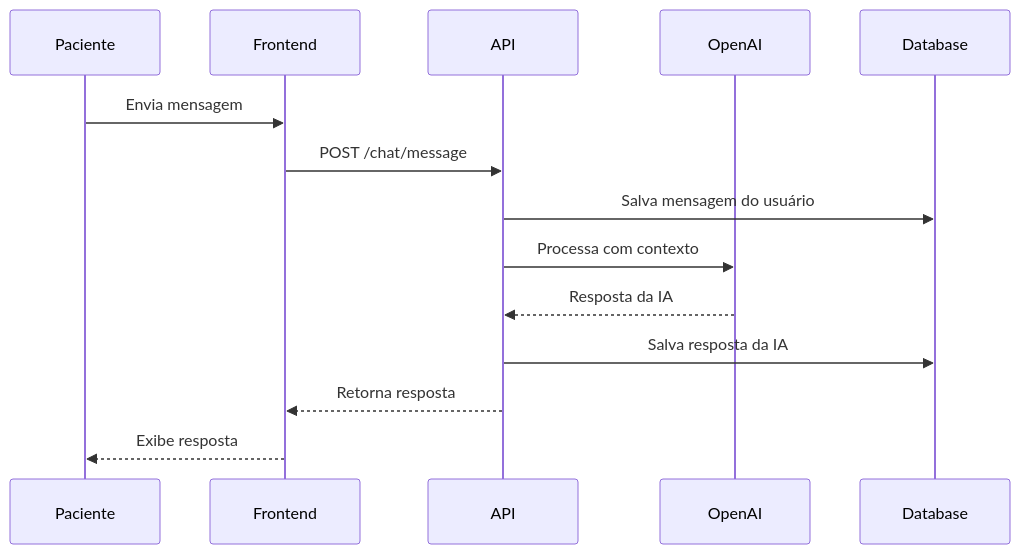
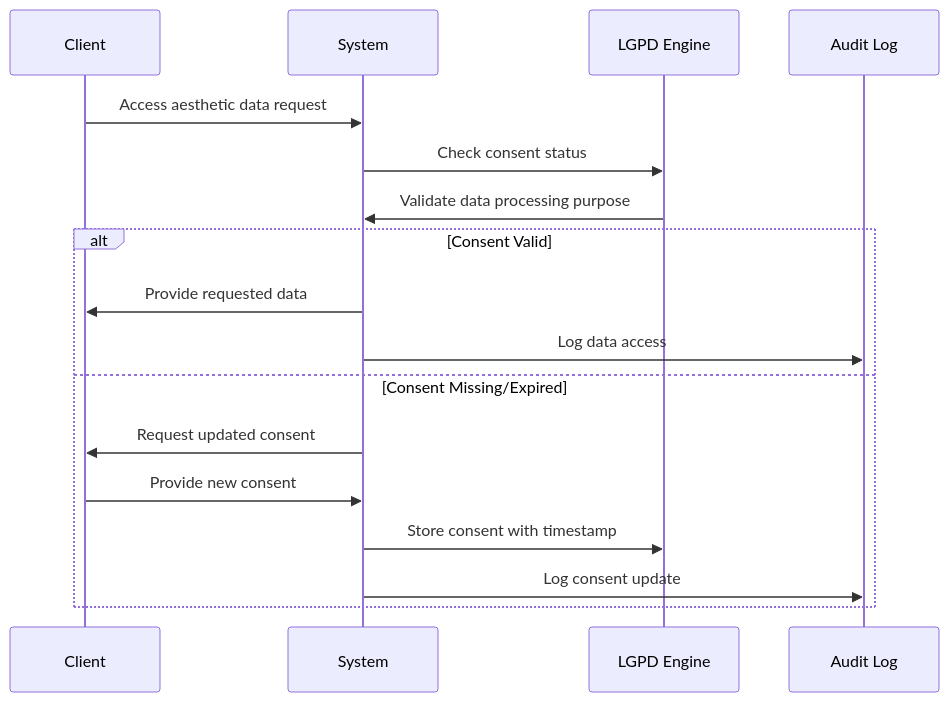
One commit to GrupoUS/neonpro changed the fourth of 4 diagrams in docs/architecture.md. Above: the diagram before and after it, drawn with Mermaid. The commit also changed other lines of this file and 250 other files, not shown here.

First line of the commit message:
feat: Add TypeScript configuration files for various packages and implement Role-Based Access Control (RBAC) for healthcare system

````diff
--- a/docs/architecture.md
+++ b/docs/architecture.md
@@ -293,17 +184,21 @@
 ```mermaid
 sequenceDiagram
-    participant P as Paciente
-    participant F as Frontend
-    participant A as API
-    participant AI as OpenAI
-    participant D as Database
+    participant C as Client
+    participant S as System
+    participant LGPD as LGPD Engine
+    participant A as Audit Log
 
-    P->>F: Envia mensagem
-    F->>A: POST /chat/message
-    A->>D: Salva mensagem do usuário
-    A->>AI: Processa com contexto
-    AI-->>A: Resposta da IA
-    A->>D: Salva resposta da IA
-    A-->>F: Retorna resposta
-    F-->>P: Exibe resposta
+    C->>S: Access aesthetic data request
+    S->>LGPD: Check consent status
+    LGPD->>S: Validate data processing purpose
+    
+    alt Consent Valid
+        S->>C: Provide requested data
+        S->>A: Log data access
+    else Consent Missing/Expired
+        S->>C: Request updated consent
+        C->>S: Provide new consent
+        S->>LGPD: Store consent with timestamp
+        S->>A: Log consent update
+    end
 ```
````
